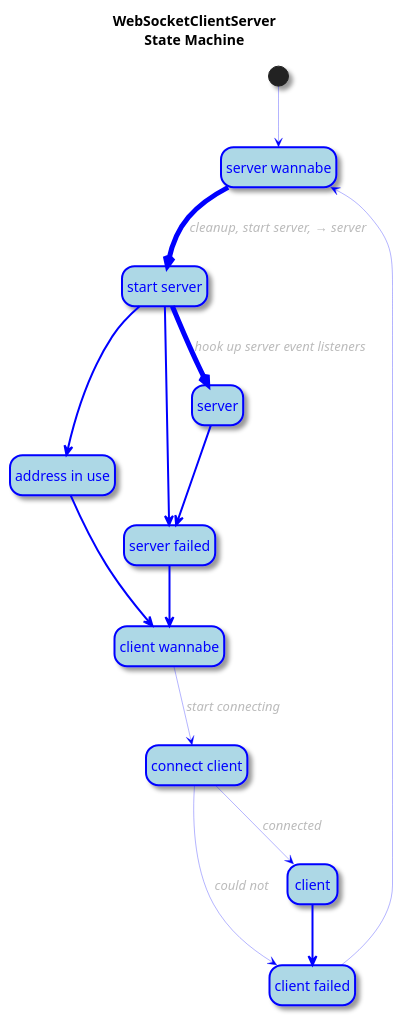
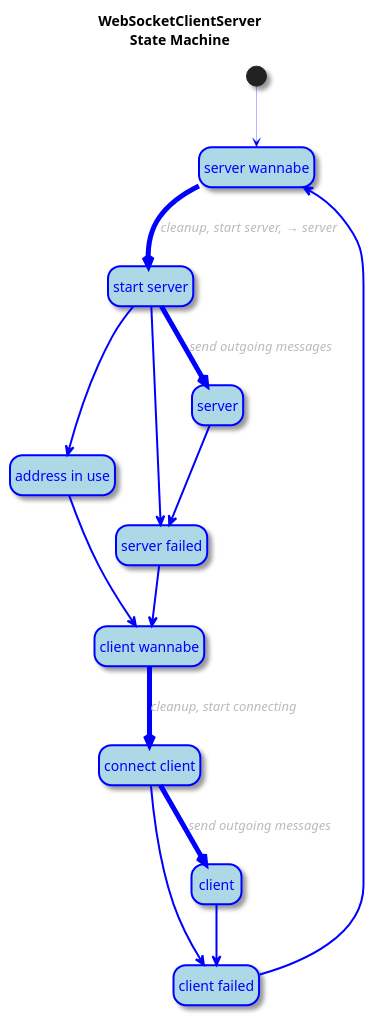
The diagram in src/client-server-state.puml (hugojosefson/deno-websocket-broadcastchannel), drawn with PlantUML before and after one commit. The commit also changed 3 other files, not shown here.

Commit message:
wip: send messages, probably incorrectly

```diff
--- a/src/client-server-state.puml
+++ b/src/client-server-state.puml
@@ -1,39 +1,39 @@
 @startuml
 hide empty description
 
 skinparam shadowing            true
 skinparam ArrowFontColor       #bbb
 skinparam ArrowFontStyle       italic
 skinparam ArrowColor           blue
 skinparam ArrowThickness       0.3
 skinparam StateFontColor       blue
 skinparam StateBackgroundColor lightblue
 skinparam StateBorderColor     blue
 skinparam StateBorderThickness 2
 
 title "WebSocketClientServer\nState Machine"
 
 state "server wannabe" as server_wannabe
 state "start server"   as start_server
 state "server"         as server
 state "address in use" as address_in_use
 state "server failed"  as server_failed
 state "client wannabe" as client_wannabe
 state "connect client" as connect_client
 state "client"         as client
 state "client failed"  as client_failed
 
 [*]            -->              server_wannabe
 server_wannabe -[thickness=5]-> start_server   : cleanup, start server,  → server
 start_server   -[thickness=2]-> address_in_use
 start_server   -[thickness=2]-> server_failed
-start_server   -[thickness=5]-> server         : hook up server event listeners
+start_server   -[thickness=5]-> server         : send outgoing messages
 server         -[thickness=2]-> server_failed
 address_in_use -[thickness=2]-> client_wannabe
 server_failed  -[thickness=2]-> client_wannabe
-client_wannabe -->              connect_client : start connecting
-connect_client -->              client         : connected
-connect_client -->              client_failed  : could not
+client_wannabe -[thickness=5]-> connect_client : cleanup, start connecting
+connect_client -[thickness=5]-> client         : send outgoing messages
+connect_client -[thickness=2]-> client_failed
 client         -[thickness=2]-> client_failed
-client_failed  -->              server_wannabe
+client_failed  -[thickness=2]-> server_wannabe
 @enduml
```
